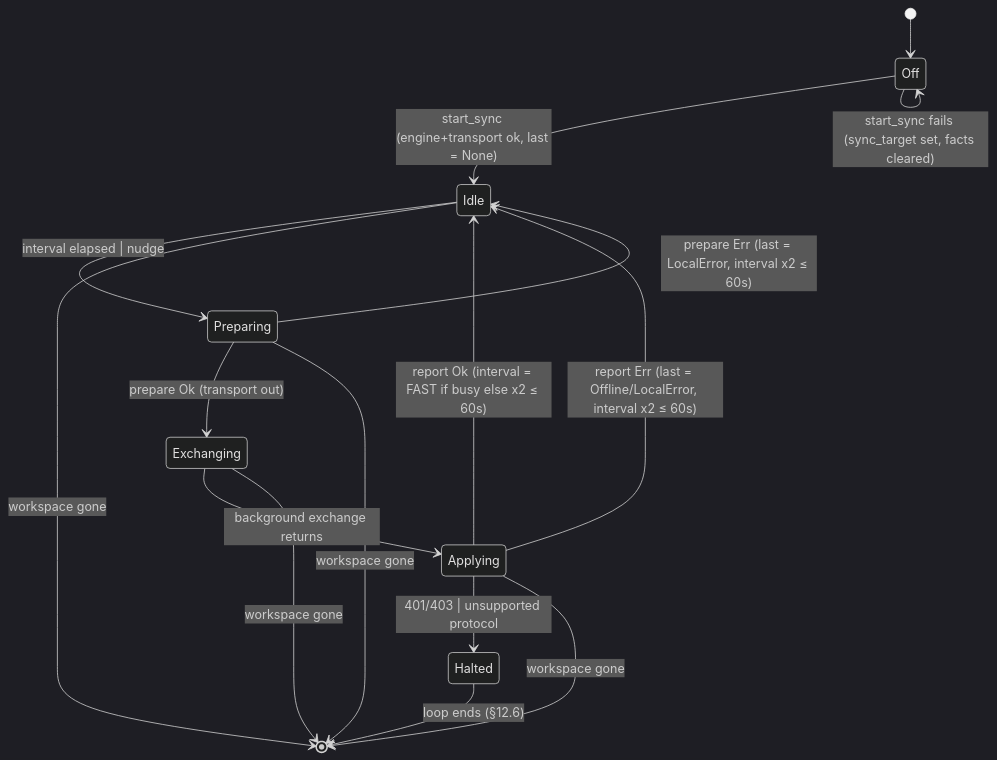
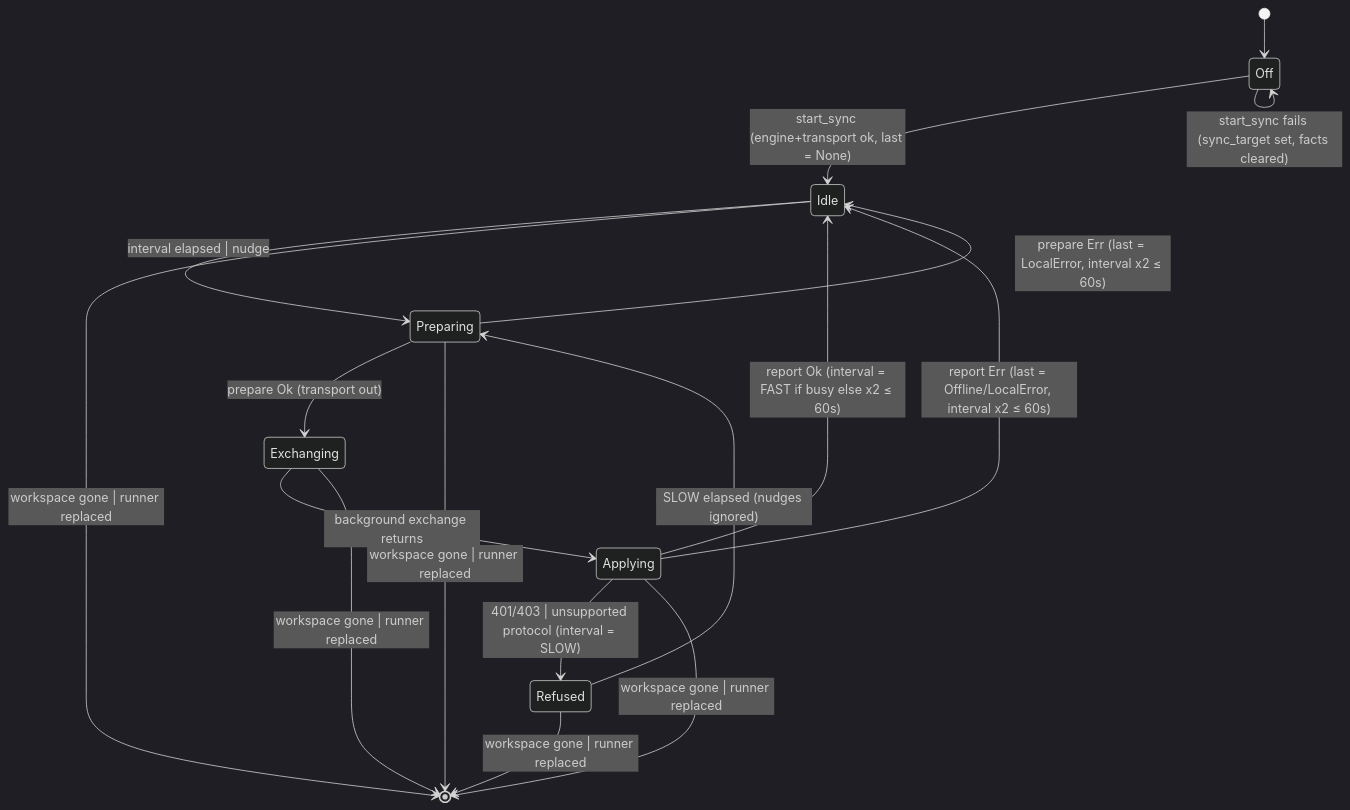
Before and after one commit to adityadaniel/u-topia: the diagram in docs/state-machines/sync-runner-round.md, drawn with Mermaid (dark theme). The commit also changed other lines of this file and 1 other file, not shown here.

````diff
--- a/docs/state-machines/sync-runner-round.md
+++ b/docs/state-machines/sync-runner-round.md
@@ -135,18 +180,19 @@
 ```mermaid
 stateDiagram-v2
     [*] --> Off
     Off --> Idle : start_sync (engine+transport ok, last = None)
     Off --> Off : start_sync fails (sync_target set, facts cleared)
     Idle --> Preparing : interval elapsed | nudge
+    Refused --> Preparing : SLOW elapsed (nudges ignored)
     Preparing --> Exchanging : prepare Ok (transport out)
     Preparing --> Idle : prepare Err (last = LocalError, interval x2 ≤ 60s)
     Exchanging --> Applying : background exchange returns
     Applying --> Idle : report Ok (interval = FAST if busy else x2 ≤ 60s)
     Applying --> Idle : report Err (last = Offline/LocalError, interval x2 ≤ 60s)
-    Applying --> Halted : 401/403 | unsupported protocol
-    Halted --> [*] : loop ends (§12.6)
-    Idle --> [*] : workspace gone
-    Preparing --> [*] : workspace gone
-    Exchanging --> [*] : workspace gone
-    Applying --> [*] : workspace gone
+    Applying --> Refused : 401/403 | unsupported protocol (interval = SLOW)
+    Idle --> [*] : workspace gone | runner replaced
+    Refused --> [*] : workspace gone | runner replaced
+    Preparing --> [*] : workspace gone | runner replaced
+    Exchanging --> [*] : workspace gone | runner replaced
+    Applying --> [*] : workspace gone | runner replaced
 ```
````
